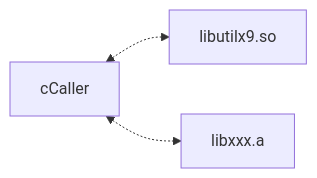
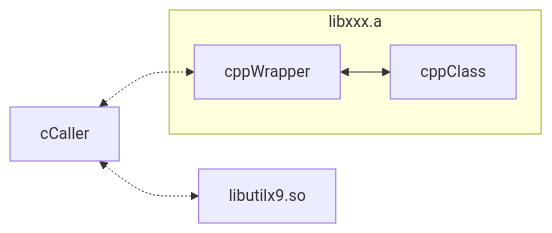
Before and after one commit to lankahsu520/CvsCPPmixer: the first of 2 diagrams in README.md, drawn with Mermaid. The commit also changed other lines of this file and 1 other file, not shown here.

Commit message:
update README.md and cppCaller.cpp (call threadx_init)

````diff
--- a/README.md
+++ b/README.md
@@ -5,9 +5,15 @@
 ```mermaid
 flowchart LR
 	cCaller[cCaller]
 	libutilx9.so[libutilx9.so]
 	libxxx.a[libxxx.a]
-
+	
+	subgraph libxxx.a
+		cppClass
+		cppWrapper
+	end
+	
 	cCaller <-.-> libutilx9.so
-	cCaller <-.-> libxxx.a
+	cCaller <-.-> cppWrapper
+	cppWrapper <--> cppClass
 ```
````
